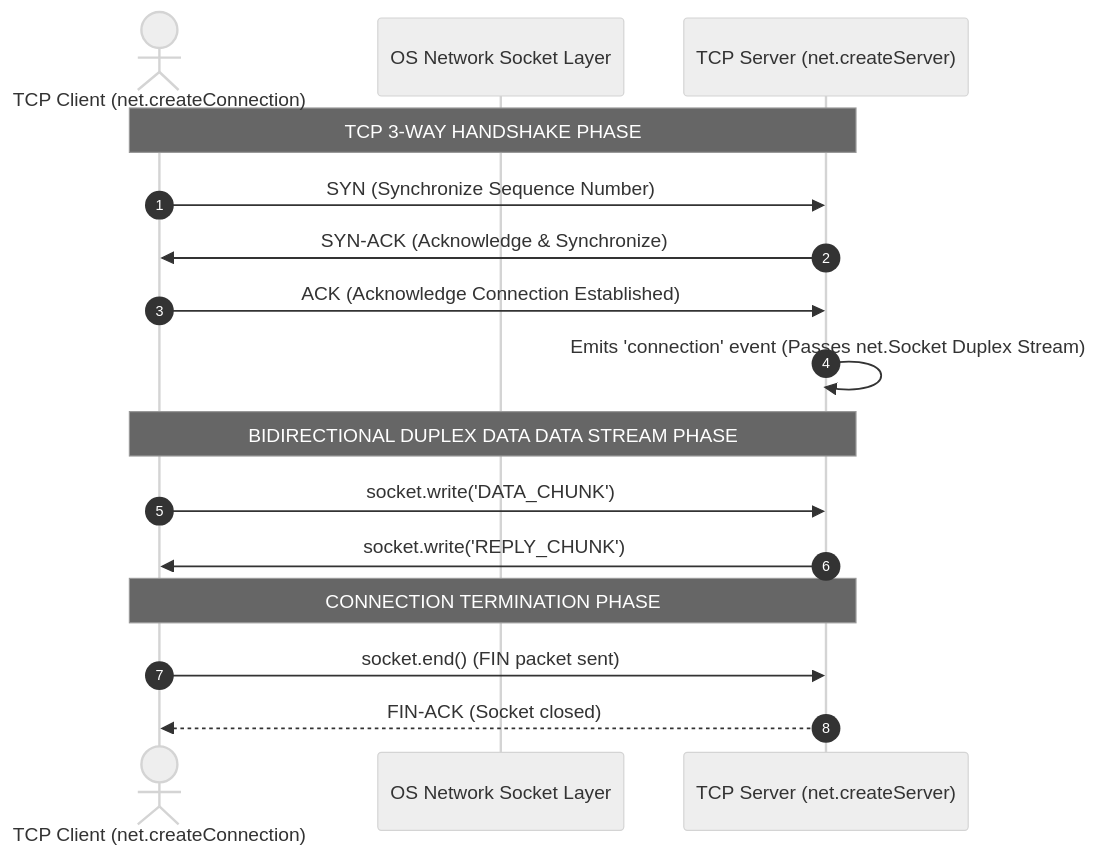
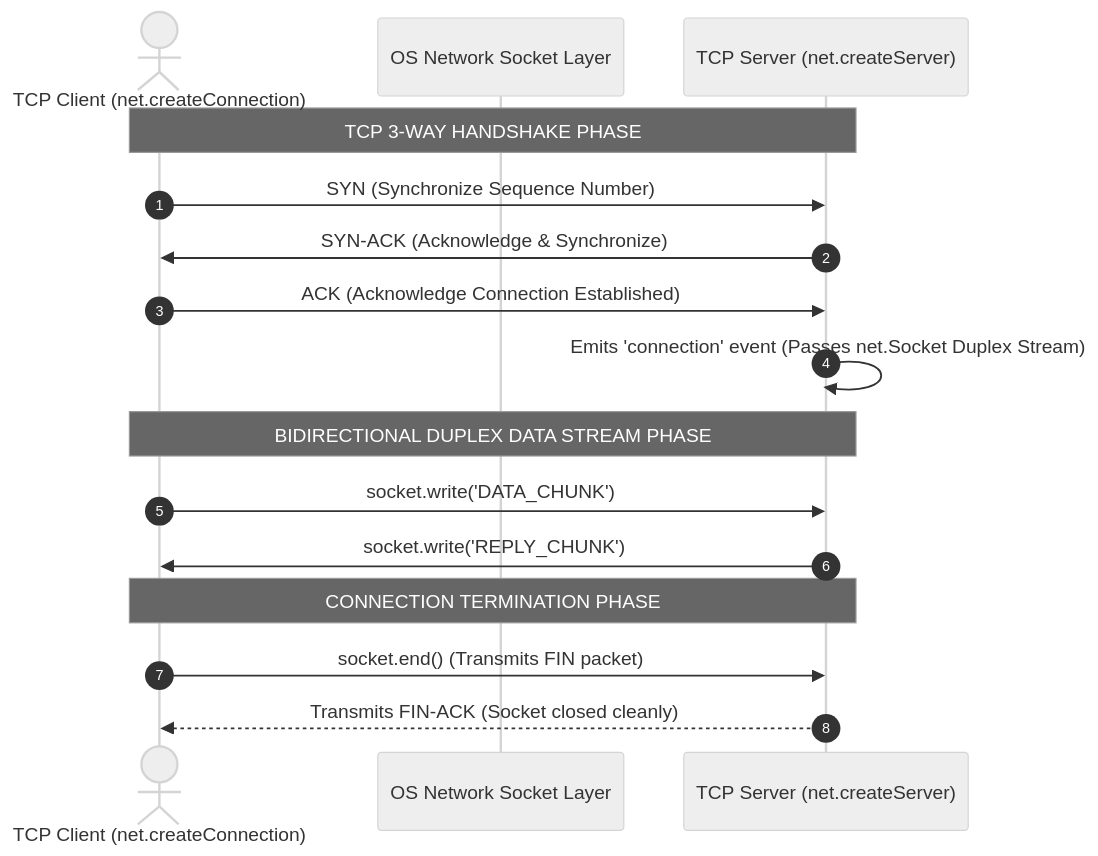
One commit to Amie-dev/engineering-playbook changed the first of 2 diagrams in nodejs-notes/23-net-module.md. Above: the diagram before and after it, drawn with Mermaid (neutral theme). The commit also changed other lines of this file and 31 other files, not shown here.

````diff
--- a/nodejs-notes/23-net-module.md
+++ b/nodejs-notes/23-net-module.md
@@ -13,22 +15,22 @@
 ```mermaid
 sequenceDiagram
     autonumber
     actor Client as TCP Client (net.createConnection)
     participant Kernel as OS Network Socket Layer
     participant Server as TCP Server (net.createServer)
 
-    Note over Client,Server: TCP 3-WAY HANDSHAKE PHASE
+    note over Client,Server: TCP 3-WAY HANDSHAKE PHASE
     Client->>Server: SYN (Synchronize Sequence Number)
     Server->>Client: SYN-ACK (Acknowledge & Synchronize)
     Client->>Server: ACK (Acknowledge Connection Established)
 
     Server->>Server: Emits 'connection' event (Passes net.Socket Duplex Stream)
     
-    Note over Client,Server: BIDIRECTIONAL DUPLEX DATA DATA STREAM PHASE
+    note over Client,Server: BIDIRECTIONAL DUPLEX DATA STREAM PHASE
     Client->>Server: socket.write('DATA_CHUNK')
     Server->>Client: socket.write('REPLY_CHUNK')
     
-    Note over Client,Server: CONNECTION TERMINATION PHASE
-    Client->>Server: socket.end() (FIN packet sent)
-    Server-->>Client: FIN-ACK (Socket closed)
+    note over Client,Server: CONNECTION TERMINATION PHASE
+    Client->>Server: socket.end() (Transmits FIN packet)
+    Server-->>Client: Transmits FIN-ACK (Socket closed cleanly)
 ```
````
